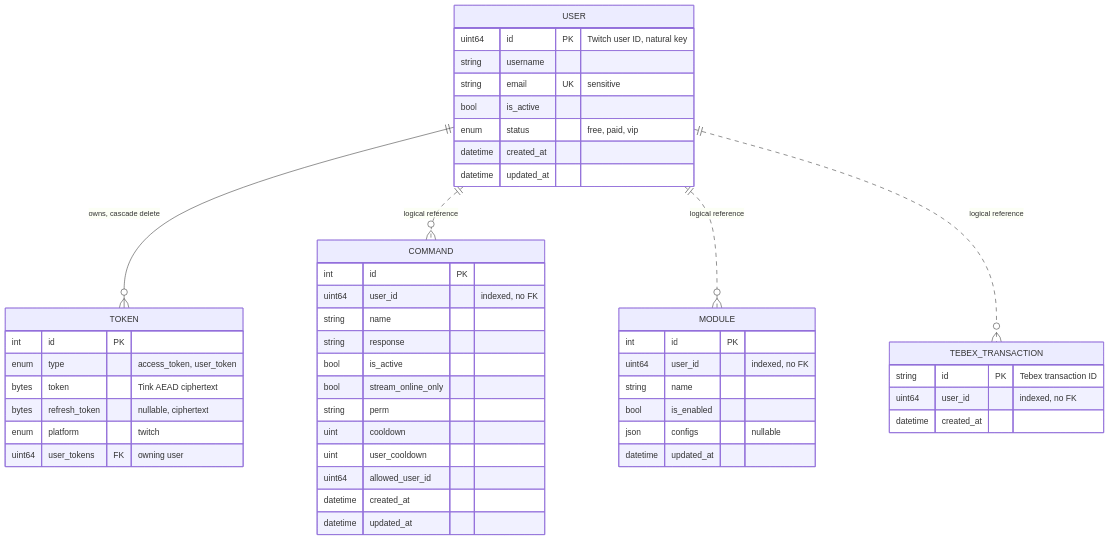
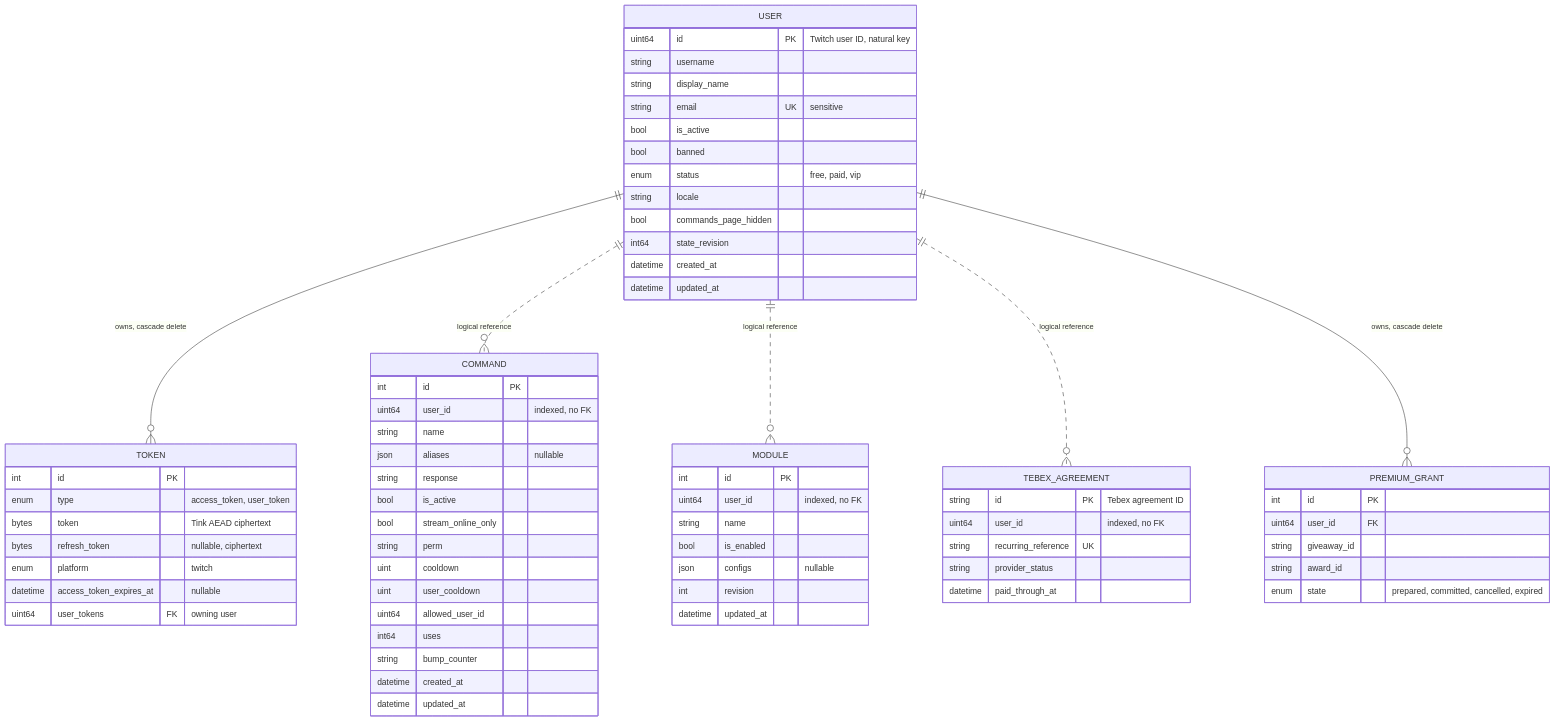
Before and after one commit to AdamOusmer/ItsBagelBot: the first of 5 diagrams in web/docs/src/content/docs/data-and-state/database.md, drawn with Mermaid. The commit also changed other lines of this file and 97 other files, not shown here.

````diff
--- a/web/docs/src/content/docs/data-and-state/database.md
+++ b/web/docs/src/content/docs/data-and-state/database.md
@@ -21,52 +21,73 @@
 ```mermaid
 erDiagram
     USER ||--o{ TOKEN : "owns, cascade delete"
     USER ||..o{ COMMAND : "logical reference"
     USER ||..o{ MODULE : "logical reference"
-    USER ||..o{ TEBEX_TRANSACTION : "logical reference"
+    USER ||..o{ TEBEX_AGREEMENT : "logical reference"
+
+    USER ||--o{ PREMIUM_GRANT : "owns, cascade delete"
 
     USER {
         uint64 id PK "Twitch user ID, natural key"
         string username
+        string display_name
         string email UK "sensitive"
         bool is_active
+        bool banned
         enum status "free, paid, vip"
+        string locale
+        bool commands_page_hidden
+        int64 state_revision
         datetime created_at
         datetime updated_at
+    }
+    PREMIUM_GRANT {
+        int id PK
+        uint64 user_id FK
+        string giveaway_id
+        string award_id
+        enum state "prepared, committed, cancelled, expired"
     }
     TOKEN {
         int id PK
         enum type "access_token, user_token"
         bytes token "Tink AEAD ciphertext"
         bytes refresh_token "nullable, ciphertext"
         enum platform "twitch"
+        datetime access_token_expires_at "nullable"
         uint64 user_tokens FK "owning user"
     }
     COMMAND {
         int id PK
         uint64 user_id "indexed, no FK"
         string name
+        json aliases "nullable"
         string response
         bool is_active
         bool stream_online_only
         string perm
         uint cooldown
         uint user_cooldown
         uint64 allowed_user_id
+        int64 uses
+        string bump_counter
         datetime created_at
         datetime updated_at
     }
     MODULE {
         int id PK
         uint64 user_id "indexed, no FK"
         string name
         bool is_enabled
         json configs "nullable"
+        int revision
         datetime updated_at
     }
-    TEBEX_TRANSACTION {
-        string id PK "Tebex transaction ID"
+    TEBEX_AGREEMENT {
+        string id PK "Tebex agreement ID"
         uint64 user_id "indexed, no FK"
-        datetime created_at
+        string recurring_reference UK
+        string provider_status
+        datetime paid_through_at
     }
 ```
````
